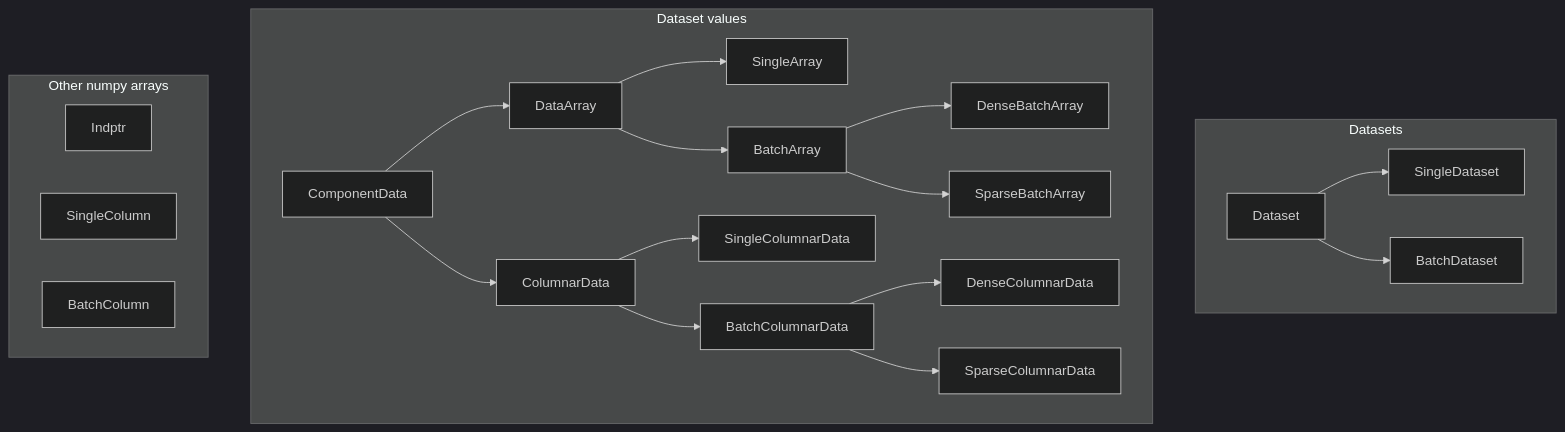
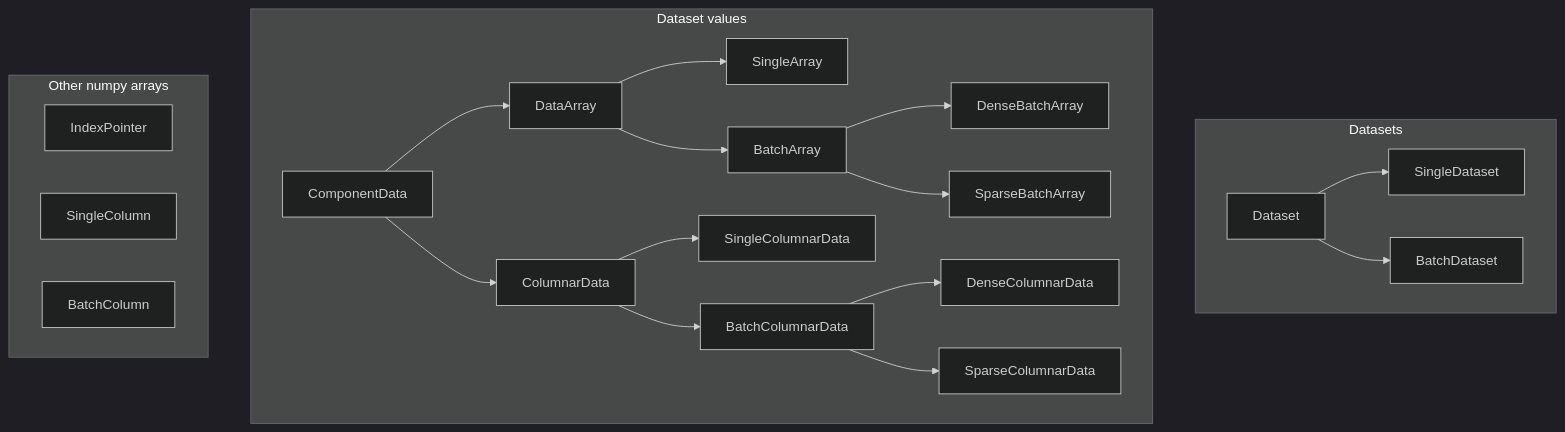
Before and after one commit to PowerGridModel/power-grid-model: the diagram in docs/user_manual/dataset-terminology.md, drawn with Mermaid (dark theme). The commit also changed other lines of this file, not shown here.

````diff
--- a/docs/user_manual/dataset-terminology.md
+++ b/docs/user_manual/dataset-terminology.md
@@ -13,51 +13,51 @@
 ```{mermaid}
 graph TD
     subgraph Datasets
     Dataset --> SingleDataset
     Dataset --> BatchDataset
     end
 
     subgraph Dataset values
     ComponentData --> DataArray
     ComponentData --> ColumnarData
 
     DataArray --> SingleArray
     DataArray --> BatchArray
 
     BatchArray --> DenseBatchArray
     BatchArray --> SparseBatchArray
 
     ColumnarData --> SingleColumnarData
     ColumnarData --> BatchColumnarData
 
     BatchColumnarData --> DenseColumnarData
     BatchColumnarData --> SparseColumnarData
     end
 
     subgraph Other numpy arrays
-    Indptr
+    IndexPointer
     SingleColumn
     BatchColumn
     end
 
     click Dataset href "../api_reference/python-api-reference.html#power_grid_model.data_types.Dataset"
     click SingleDataset href "../api_reference/python-api-reference.html#power_grid_model.data_types.SingleDataset"
     click BatchDataset href "../api_reference/python-api-reference.html#power_grid_model.data_types.BatchDataset"
 
     click ComponentData href "../api_reference/python-api-reference.html#power_grid_model.data_types.ComponentData"
     click DataArray href "../api_reference/python-api-reference.html#power_grid_model.data_types.DataArray"
     click ColumnarData href "../api_reference/python-api-reference.html#power_grid_model.data_types.ColumnarData"
     click SingleArray href "../api_reference/python-api-reference.html#power_grid_model.data_types.SingleArray"
     click BatchArray href "../api_reference/python-api-reference.html#power_grid_model.data_types.BatchArray"
     click DenseBatchArray href "../api_reference/python-api-reference.html#power_grid_model.data_types.DenseBatchArray"
     click SparseBatchArray href "../api_reference/python-api-reference.html#power_grid_model.data_types.SparseBatchArray"
     click SingleColumnarData href "../api_reference/python-api-reference.html#power_grid_model.data_types.SingleColumnarData"
     click BatchColumnarData href "../api_reference/python-api-reference.html#power_grid_model.data_types.BatchColumnarData"
     click DenseColumnarData href "../api_reference/python-api-reference.html#power_grid_model.data_types.DenseColumnarData"
     click SparseColumnarData href "../api_reference/python-api-reference.html#power_grid_model.data_types.SparseColumnarData"
 
     click Indexpointer href "../api_reference/python-api-reference.html#power_grid_model.data_types.Indexpointer"
     click SingleColumn href "../api_reference/python-api-reference.html#power_grid_model.data_types.SingleColumn"
     click BatchColumn href "../api_reference/python-api-reference.html#power_grid_model.data_types.BatchColumn"
 
 ```
````
